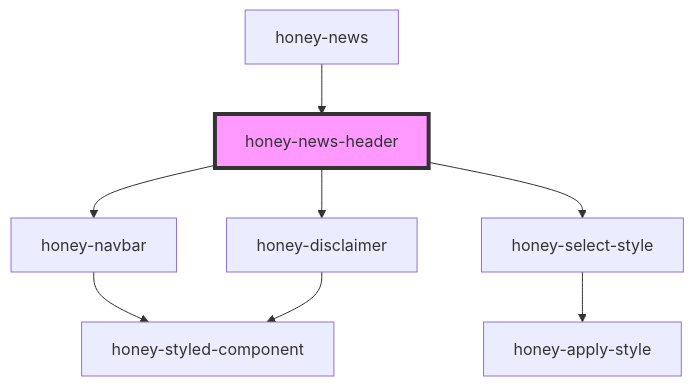
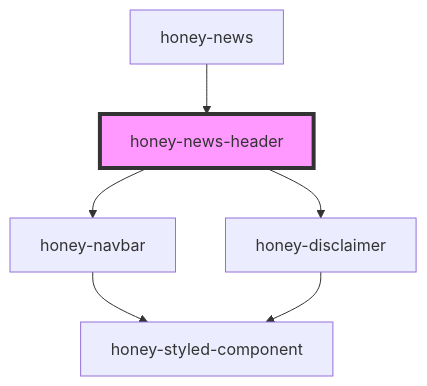
One commit to Huluvu424242/honey-news changed the diagram in src/components/honey-news/header/readme.md. Above: the diagram before and after it, drawn with Mermaid. The commit also changed other lines of this file and 17 other files, not shown here.

````diff
--- a/src/components/honey-news/header/readme.md
+++ b/src/components/honey-news/header/readme.md
@@ -21,11 +20,9 @@
 ```mermaid
 graph TD;
   honey-news-header --> honey-navbar
-  honey-news-header --> honey-select-style
   honey-news-header --> honey-disclaimer
   honey-navbar --> honey-styled-component
-  honey-select-style --> honey-apply-style
   honey-disclaimer --> honey-styled-component
   honey-news --> honey-news-header
   style honey-news-header fill:#f9f,stroke:#333,stroke-width:4px
 ```
````
